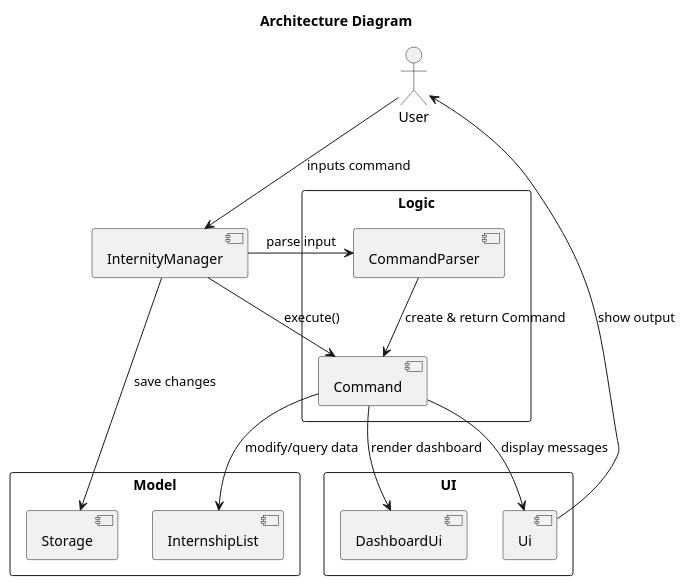
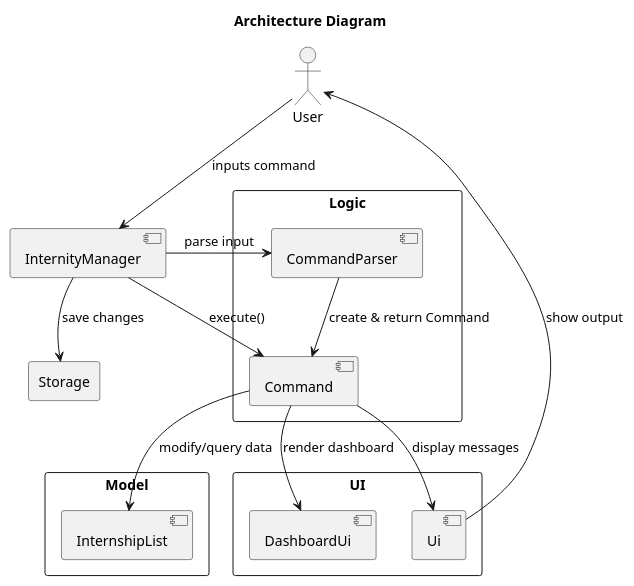
One commit to BenyAlbatross/tp changed the diagram in docs/diagrams/ArchitectureOverview.puml. Above: the diagram before and after it, drawn with PlantUML. The commit also changed 1 other file, not shown here.

Commit message:
Edit architecture section

```diff
--- a/docs/diagrams/ArchitectureOverview.puml
+++ b/docs/diagrams/ArchitectureOverview.puml
@@ -1,32 +1,36 @@
 @startuml
 title Architecture Diagram
 
 actor User
 
 rectangle "Logic" {
     [CommandParser]
     [Command]
 }
 
 rectangle "Model" {
     [InternshipList]
-    [Storage]
+
+}
+
+rectangle "Storage" {
+
 }
 
 rectangle "UI" {
     [Ui]
     [DashboardUi]
 }
 
 User --> [InternityManager] : inputs command
 [InternityManager] --> [CommandParser] : parse input
 [CommandParser] --> [Command] : create & return Command
 [InternityManager] --> [Command] : execute()
 
 [Command] --> [InternshipList] : modify/query data
 [InternityManager] --> [Storage] : save changes
 [Command] --> [Ui] : display messages
 [Command] --> [DashboardUi] : render dashboard
 [Ui] --> User : show output
 
 @enduml
```
